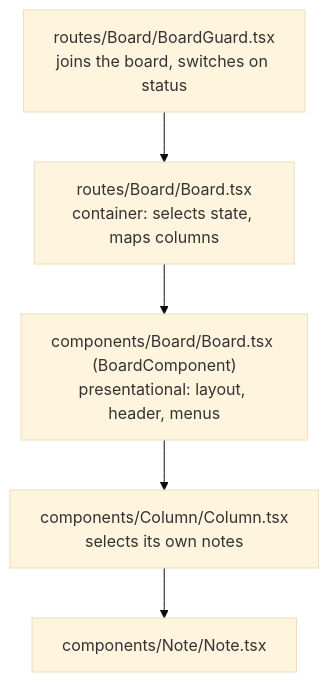
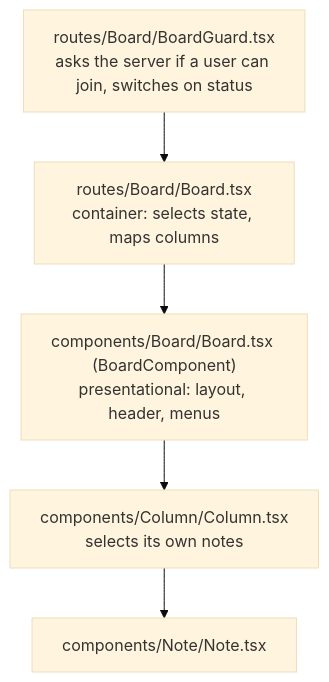
The second of 2 diagrams in docs/src/content/docs/dev/Frontend/architecture.md (inovex/scrumlr.io), drawn with Mermaid (base theme) before and after one commit. The commit also changed other lines of this file and 1 other file, not shown here.

Commit message:
refined architecture and state management docs

````diff
--- a/docs/src/content/docs/dev/Frontend/architecture.md
+++ b/docs/src/content/docs/dev/Frontend/architecture.md
@@ -80,13 +82,13 @@
 ```mermaid
 flowchart TB
-    guard["routes/Board/BoardGuard.tsx<br/>joins the board, switches on status"]
+    guard["routes/Board/BoardGuard.tsx<br/>asks the server if a user can join, switches on status"]
     route["routes/Board/Board.tsx<br/>container: selects state, maps columns"]
     presentational["components/Board/Board.tsx (BoardComponent)<br/>presentational: layout, header, menus"]
     column["components/Column/Column.tsx<br/>selects its own notes"]
     note["components/Note/Note.tsx"]
 
     guard --> route
     route --> presentational
     presentational --> column
     column --> note
 ```
````
